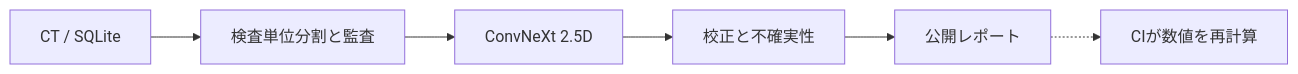
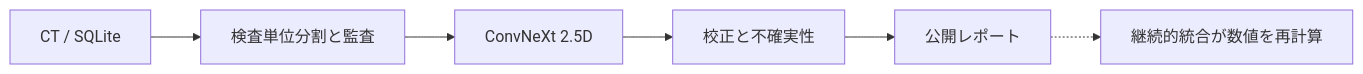
Before and after one commit to yskfuji/rsna-ich-reproducible-pipeline: the first of 2 diagrams in README_ja.md, drawn with Mermaid. The commit also changed other lines of this file and 38 other files, not shown here.

First line of the commit message:
docs(ja): 文語へ統一し日本語図を差し替える

````diff
--- a/README_ja.md
+++ b/README_ja.md
@@ -29,8 +29,8 @@
 ```mermaid
 flowchart LR
   A[CT / SQLite] --> B[検査単位分割と監査]
   B --> C[ConvNeXt 2.5D]
   C --> D[校正と不確実性]
   D --> E[公開レポート]
-  E -.-> F[CIが数値を再計算]
+  E -.-> F[継続的統合が数値を再計算]
 ```
````
